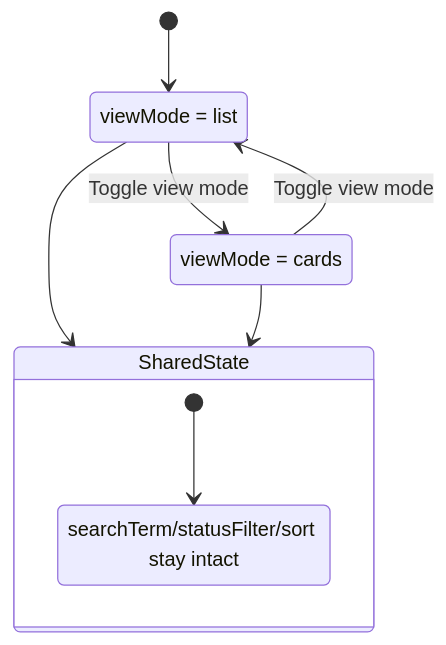
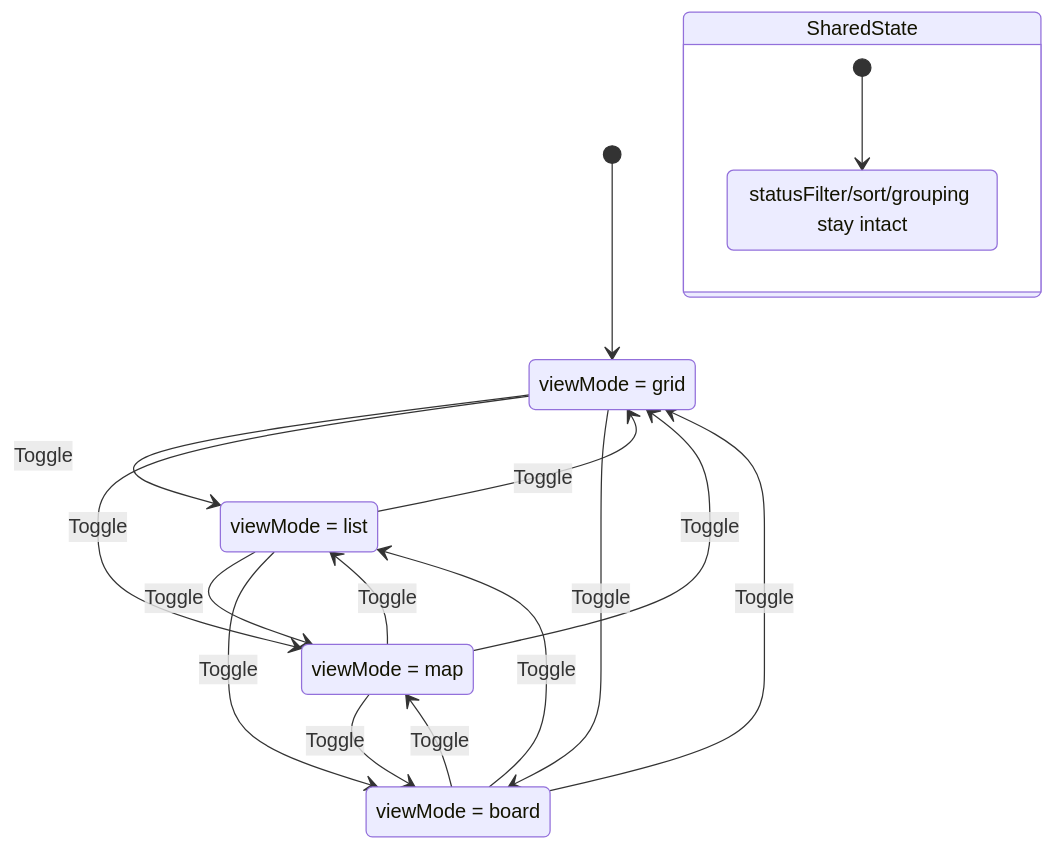
One commit to matkleve/feldpost changed the second of 5 diagrams in docs/specs/page/projects-page.md. Above: the diagram before and after it, drawn with Mermaid. The commit also changed other lines of this file and 49 other files, not shown here.

First line of the commit message:
feat(projects): enhance project card and grid view functionality

````diff
--- a/docs/specs/page/projects-page.md
+++ b/docs/specs/page/projects-page.md
@@ -67,18 +78,27 @@
 ```mermaid
 stateDiagram-v2
-	[*] --> ListView
+	[*] --> GridView
 
 	ListView: viewMode = list
-	CardsView: viewMode = cards
+	GridView: viewMode = grid
+	MapView: viewMode = map
+	BoardView: viewMode = board
 
-	ListView --> CardsView: Toggle view mode
-	CardsView --> ListView: Toggle view mode
+	ListView --> GridView: Toggle
+	ListView --> MapView: Toggle
+	ListView --> BoardView: Toggle
+	GridView --> ListView: Toggle
+	GridView --> MapView: Toggle
+	GridView --> BoardView: Toggle
+	MapView --> GridView: Toggle
+	MapView --> ListView: Toggle
+	MapView --> BoardView: Toggle
+	BoardView --> GridView: Toggle
+	BoardView --> ListView: Toggle
+	BoardView --> MapView: Toggle
 
 	state SharedState {
 		[*] --> Preserved
-		Preserved: searchTerm/statusFilter/sort stay intact
+		Preserved: statusFilter/sort/grouping stay intact
 	}
-
-	ListView --> SharedState
-	CardsView --> SharedState
 ```
````
